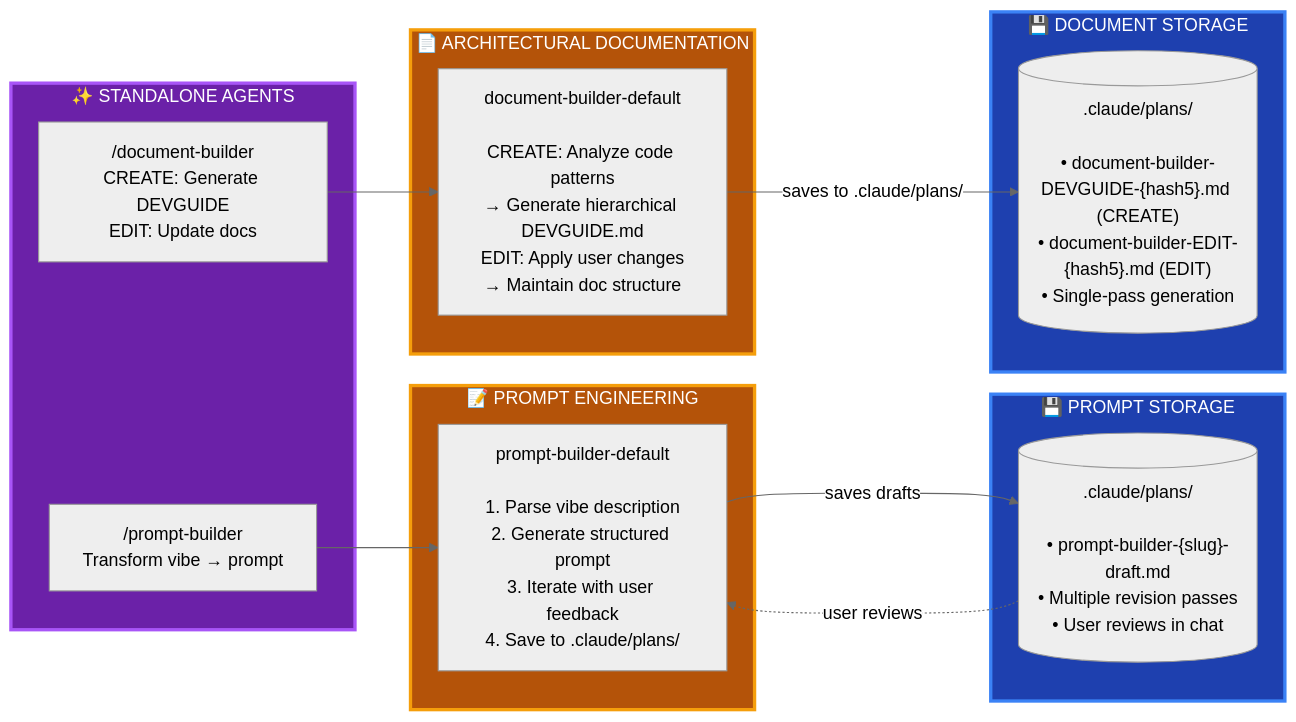
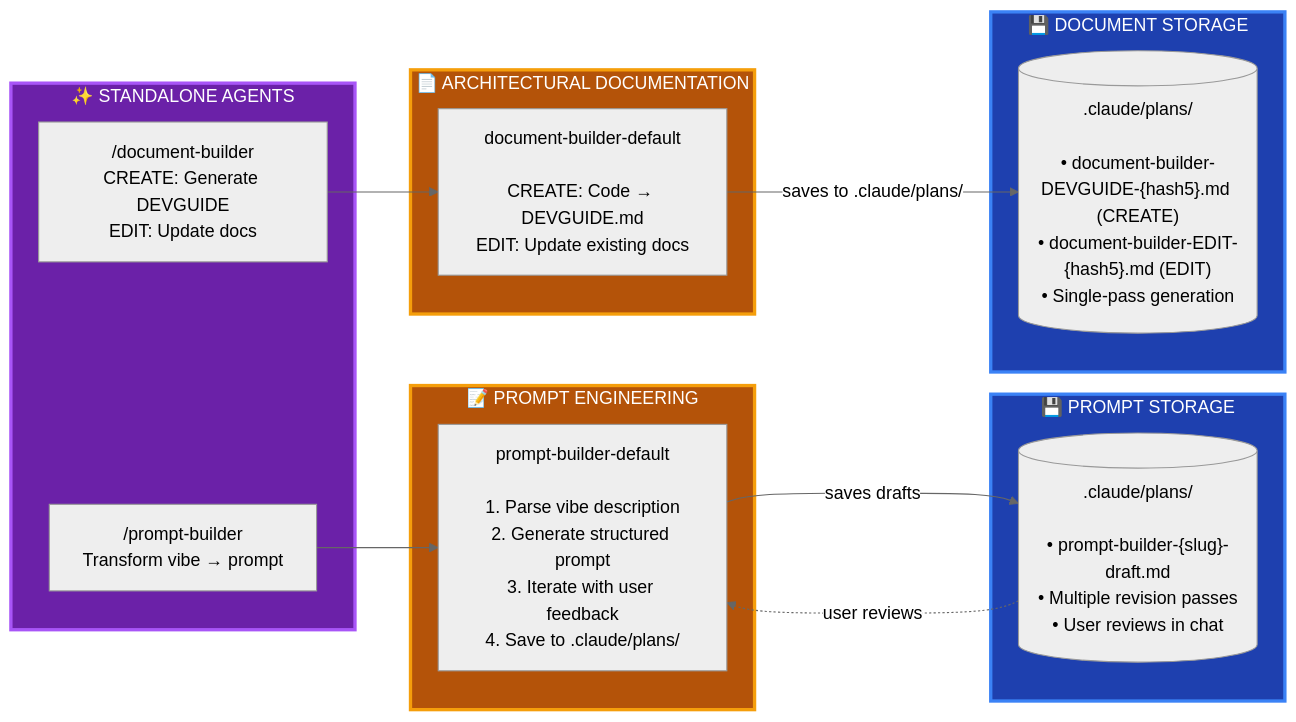
One commit to GantisStorm/essentials-claude-code changed the second of 2 diagrams in README.md. Above: the diagram before and after it, drawn with Mermaid (neutral theme).

Commit message:
Fix diagram text overflow in ARCHITECTURAL DOCUMENTATION box
Shortened text to prevent overflow behind container:
- Before: "CREATE: Analyze code patterns → Generate hierarchical DEVGUIDE.md / EDIT: Apply user changes → Maintain doc structure"
- After: "CREATE: Code → DEVGUIDE.md / EDIT: Update existing docs"

🤖 Generated with [Claude Code](https://claude.com/claude-code)

````diff
--- a/README.md
+++ b/README.md
@@ -85,36 +85,36 @@
 ```mermaid
 flowchart LR
     subgraph standalone["✨ STANDALONE AGENTS"]
         prompt_cmd["/prompt-builder<br/>Transform vibe → prompt"]
         doc_cmd["/document-builder<br/>CREATE: Generate DEVGUIDE<br/>EDIT: Update docs"]
     end
 
     subgraph prompt_work["📝 PROMPT ENGINEERING"]
         prompt_agent["prompt-builder-default<br/><br/>1. Parse vibe description<br/>2. Generate structured prompt<br/>3. Iterate with user feedback<br/>4. Save to .claude/plans/"]
     end
 
     subgraph doc_work["📄 ARCHITECTURAL DOCUMENTATION"]
-        doc_agent["document-builder-default<br/><br/>CREATE: Analyze code patterns<br/>→ Generate hierarchical DEVGUIDE.md<br/>EDIT: Apply user changes<br/>→ Maintain doc structure"]
+        doc_agent["document-builder-default<br/><br/>CREATE: Code → DEVGUIDE.md<br/>EDIT: Update existing docs"]
     end
 
     subgraph prompt_storage["💾 PROMPT STORAGE"]
         prompt_files[(".claude/plans/<br/><br/>• prompt-builder-{slug}-draft.md<br/>• Multiple revision passes<br/>• User reviews in chat")]
     end
 
     subgraph doc_storage["💾 DOCUMENT STORAGE"]
         doc_files[(".claude/plans/<br/><br/>• document-builder-DEVGUIDE-{hash5}.md (CREATE)<br/>• document-builder-EDIT-{hash5}.md (EDIT)<br/>• Single-pass generation")]
     end
 
     prompt_cmd --> prompt_agent
     prompt_agent -->|"saves drafts"| prompt_files
     prompt_files -.->|"user reviews"| prompt_agent
 
     doc_cmd --> doc_agent
     doc_agent -->|"saves to .claude/plans/"| doc_files
 
     style standalone fill:#6b21a8,stroke:#a855f7,stroke-width:3px,color:#fff
     style prompt_work fill:#b45309,stroke:#f59e0b,stroke-width:3px,color:#fff
     style prompt_storage fill:#1e40af,stroke:#3b82f6,stroke-width:3px,color:#fff
     style doc_work fill:#b45309,stroke:#f59e0b,stroke-width:3px,color:#fff
     style doc_storage fill:#1e40af,stroke:#3b82f6,stroke-width:3px,color:#fff
 ```
````
